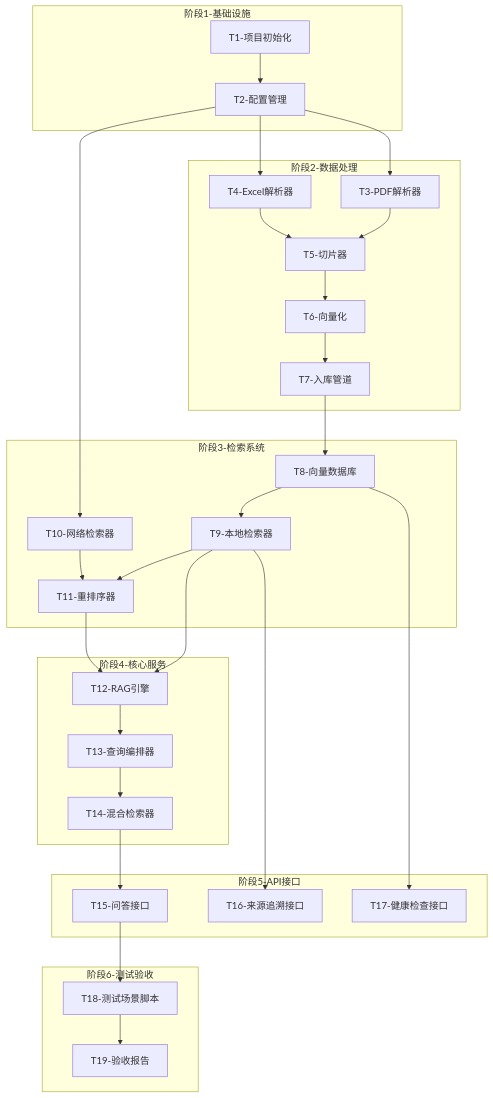
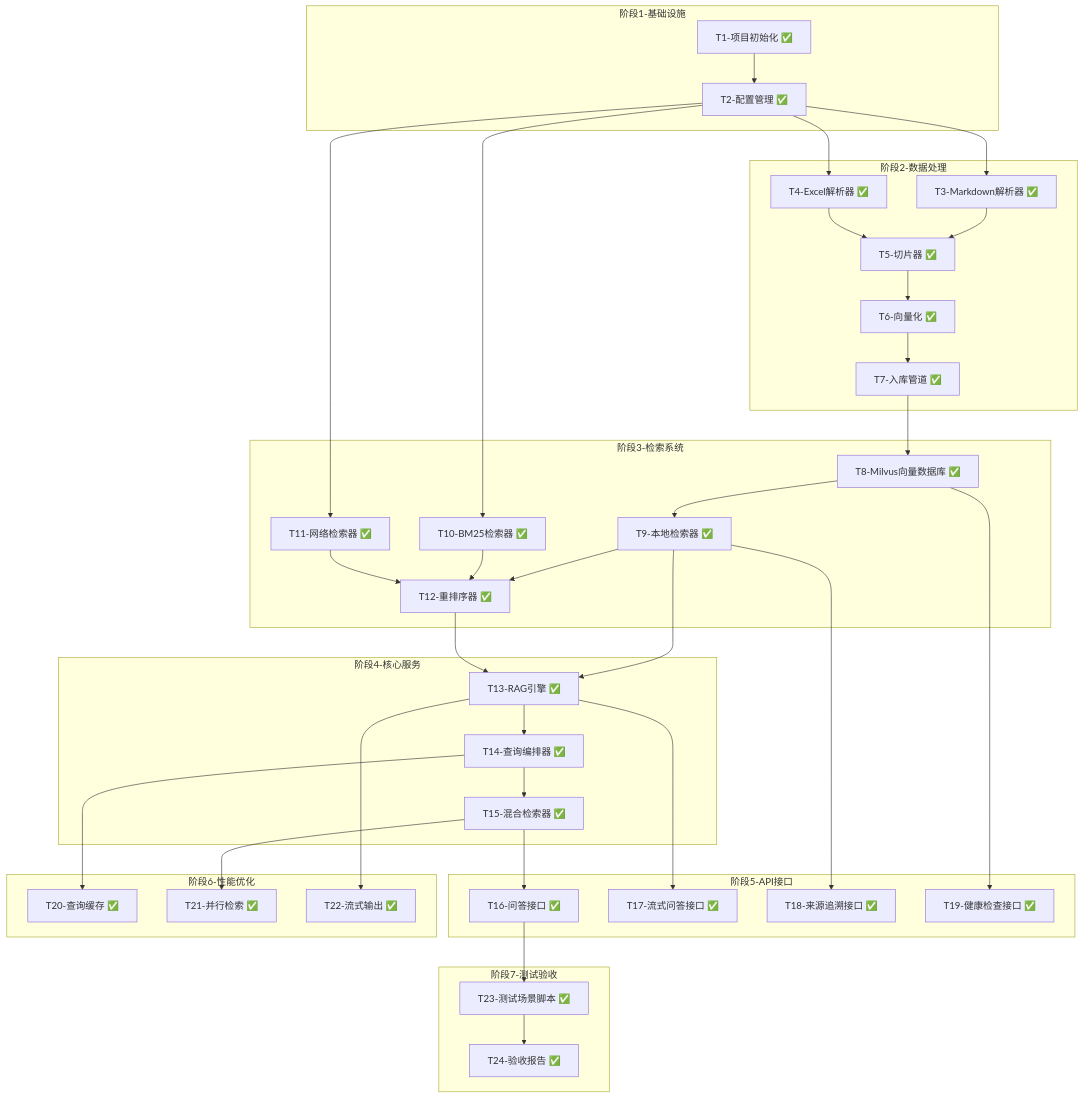
The diagram in docs/工程质检RAG系统/TASK_工程质检RAG系统.md (liuxinrongjinmu/ai_rag_Engineering_Quality_Inspection), drawn with Mermaid before and after one commit. The commit also changed other lines of this file and 14 other files, not shown here.

````diff
--- a/docs/工程质检RAG系统/TASK_工程质检RAG系统.md
+++ b/docs/工程质检RAG系统/TASK_工程质检RAG系统.md
@@ -5,65 +5,80 @@
 ```mermaid
 graph TB
     subgraph 阶段1-基础设施
-        T1[T1-项目初始化]
-        T2[T2-配置管理]
+        T1[T1-项目初始化 ✅]
+        T2[T2-配置管理 ✅]
     end
     
     subgraph 阶段2-数据处理
-        T3[T3-PDF解析器]
-        T4[T4-Excel解析器]
-        T5[T5-切片器]
-        T6[T6-向量化]
-        T7[T7-入库管道]
+        T3[T3-Markdown解析器 ✅]
+        T4[T4-Excel解析器 ✅]
+        T5[T5-切片器 ✅]
+        T6[T6-向量化 ✅]
+        T7[T7-入库管道 ✅]
     end
     
     subgraph 阶段3-检索系统
-        T8[T8-向量数据库]
-        T9[T9-本地检索器]
-        T10[T10-网络检索器]
-        T11[T11-重排序器]
+        T8[T8-Milvus向量数据库 ✅]
+        T9[T9-本地检索器 ✅]
+        T10[T10-BM25检索器 ✅]
+        T11[T11-网络检索器 ✅]
+        T12[T12-重排序器 ✅]
     end
     
     subgraph 阶段4-核心服务
-        T12[T12-RAG引擎]
-        T13[T13-查询编排器]
-        T14[T14-混合检索器]
+        T13[T13-RAG引擎 ✅]
+        T14[T14-查询编排器 ✅]
+        T15[T15-混合检索器 ✅]
     end
     
     subgraph 阶段5-API接口
-        T15[T15-问答接口]
-        T16[T16-来源追溯接口]
-        T17[T17-健康检查接口]
+        T16[T16-问答接口 ✅]
+        T17[T17-流式问答接口 ✅]
+        T18[T18-来源追溯接口 ✅]
+        T19[T19-健康检查接口 ✅]
     end
     
-    subgraph 阶段6-测试验收
-        T18[T18-测试场景脚本]
-        T19[T19-验收报告]
+    subgraph 阶段6-性能优化
+        T20[T20-查询缓存 ✅]
+        T21[T21-并行检索 ✅]
+        T22[T22-流式输出 ✅]
+    end
+    
+    subgraph 阶段7-测试验收
+        T23[T23-测试场景脚本 ✅]
+        T24[T24-验收报告 ✅]
     end
     
     T1 --> T2
     T2 --> T3
     T2 --> T4
     T3 --> T5
     T4 --> T5
     T5 --> T6
     T6 --> T7
     T7 --> T8
     
     T8 --> T9
     T2 --> T10
-    T9 --> T11
-    T10 --> T11
+    T2 --> T11
+    T9 --> T12
+    T10 --> T12
+    T11 --> T12
     
-    T9 --> T12
-    T11 --> T12
+    T9 --> T13
     T12 --> T13
     T13 --> T14
     T14 --> T15
+    T15 --> T16
     
-    T9 --> T16
-    T8 --> T17
+    T13 --> T17
+    T9 --> T18
+    T8 --> T19
     
-    T15 --> T18
-    T18 --> T19
+    T14 --> T20
+    T15 --> T21
+    T13 --> T22
+    
+    T16 --> T23
+    T23 --> T24
 ```
````
